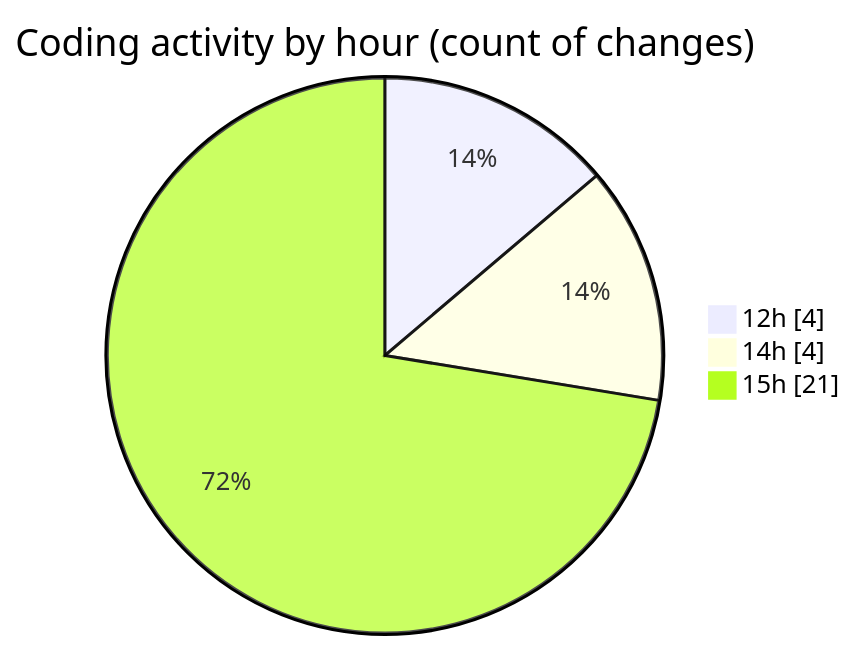
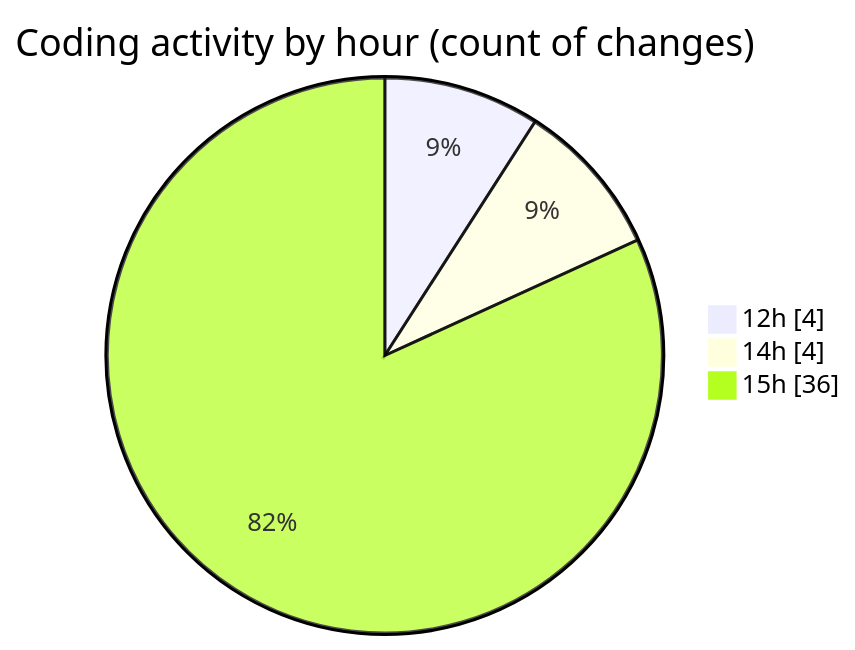
Before and after one commit to nxtqubesakshisongat/code-tracking: the second of 2 diagrams in 2025-05-21/nxtqube_webapp/README.md, drawn with Mermaid. The commit also changed other lines of this file and 1 other file, not shown here.

````diff
--- a/2025-05-21/nxtqube_webapp/README.md
+++ b/2025-05-21/nxtqube_webapp/README.md
@@ -33,7 +35,7 @@
 ```mermaid
 pie showData
 title Coding activity by hour (count of changes)
 "12h" : 4
 "14h" : 4
-"15h" : 21
+"15h" : 36
 ```
````
